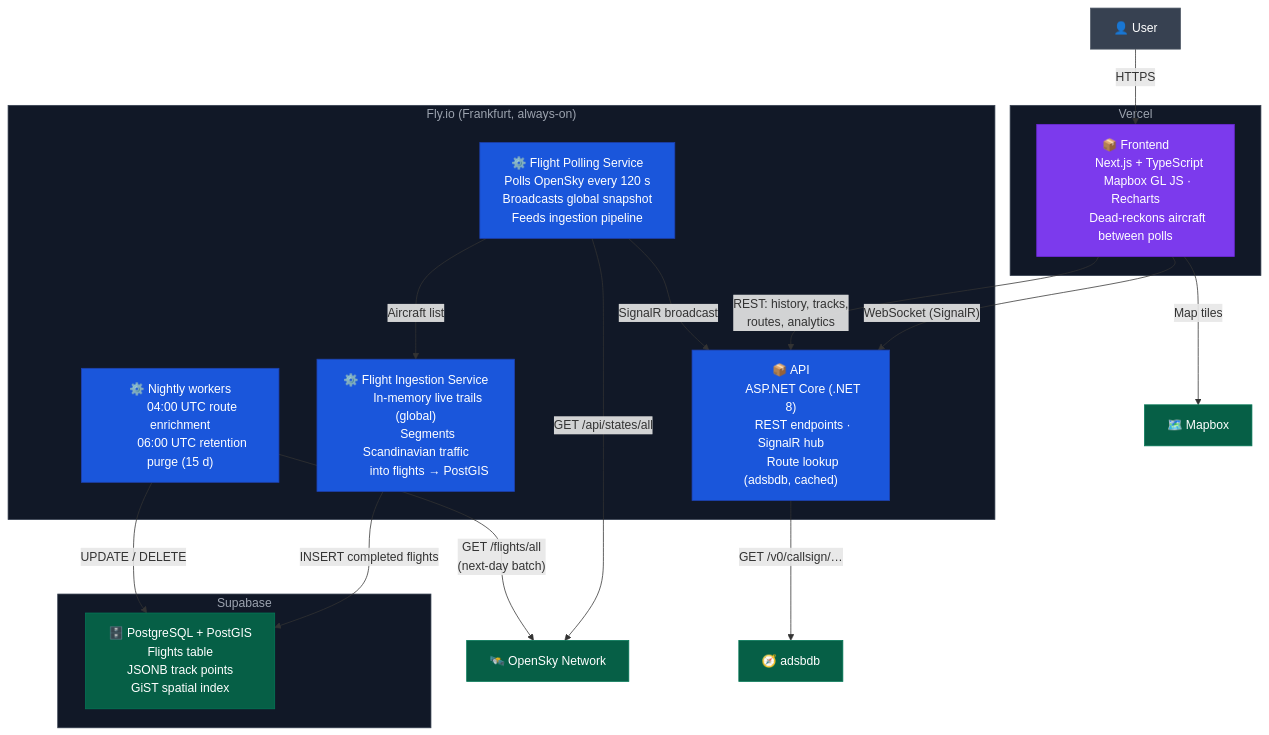
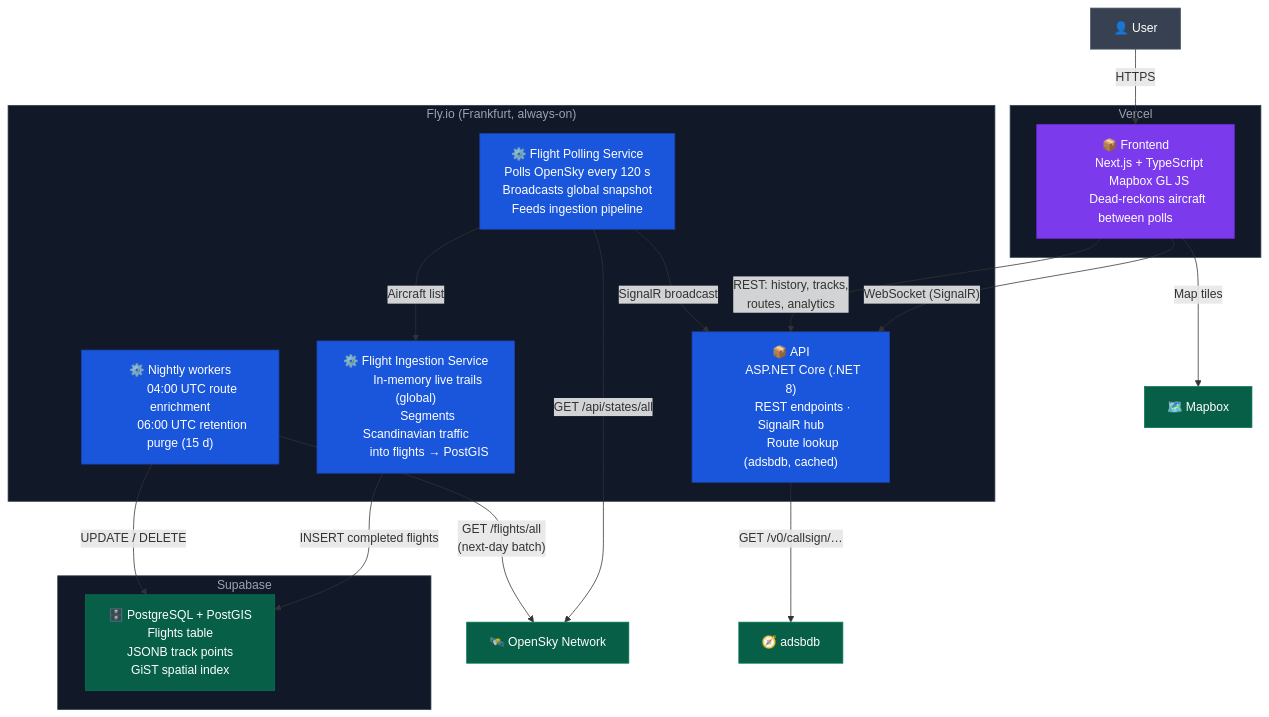
The second of 2 diagrams in README.md (Anesiadis-Th/altusiq), drawn with Mermaid before and after one commit. The commit also changed other lines of this file and 2 other files, not shown here.

````diff
--- a/README.md
+++ b/README.md
@@ -85,71 +85,71 @@
 ```mermaid
 graph TB
     User["👤 User"]
 
     subgraph Vercel["Vercel"]
         Frontend["📦 Frontend
         Next.js + TypeScript
-        Mapbox GL JS · Recharts
+        Mapbox GL JS
         Dead-reckons aircraft between polls"]
     end
 
     subgraph FlyIo["Fly.io (Frankfurt, always-on)"]
         API["📦 API
         ASP.NET Core (.NET 8)
         REST endpoints · SignalR hub
         Route lookup (adsbdb, cached)"]
 
         Poller["⚙️ Flight Polling Service
         Polls OpenSky every 120 s
         Broadcasts global snapshot
         Feeds ingestion pipeline"]
 
         Ingestion["⚙️ Flight Ingestion Service
         In-memory live trails (global)
         Segments Scandinavian traffic
         into flights → PostGIS"]
 
         Workers["⚙️ Nightly workers
         04:00 UTC route enrichment
         06:00 UTC retention purge (15 d)"]
     end
 
     subgraph Supabase["Supabase"]
         Postgres["🗄️ PostgreSQL + PostGIS
         Flights table
         JSONB track points
         GiST spatial index"]
     end
 
     OpenSky["🛰️ OpenSky Network"]
     Adsbdb["🧭 adsbdb"]
     Mapbox["🗺️ Mapbox"]
 
     User -->|"HTTPS"| Frontend
     Frontend -->|"WebSocket (SignalR)"| API
     Frontend -->|"REST: history, tracks,
     routes, analytics"| API
     Frontend -->|"Map tiles"| Mapbox
     Poller -->|"GET /api/states/all"| OpenSky
     Poller -->|"SignalR broadcast"| API
     Poller -->|"Aircraft list"| Ingestion
     Ingestion -->|"INSERT completed flights"| Postgres
     Workers -->|"GET /flights/all
     (next-day batch)"| OpenSky
     Workers -->|"UPDATE / DELETE"| Postgres
     API -->|"GET /v0/callsign/…"| Adsbdb
 
     style Frontend fill:#7c3aed,stroke:#6d28d9,color:#fff
     style API fill:#1a56db,stroke:#1e40af,color:#fff
     style Poller fill:#1a56db,stroke:#1e40af,color:#fff
     style Ingestion fill:#1a56db,stroke:#1e40af,color:#fff
     style Workers fill:#1a56db,stroke:#1e40af,color:#fff
     style Postgres fill:#065f46,stroke:#047857,color:#fff
     style User fill:#374151,stroke:#4b5563,color:#fff
     style OpenSky fill:#065f46,stroke:#047857,color:#fff
     style Adsbdb fill:#065f46,stroke:#047857,color:#fff
     style Mapbox fill:#065f46,stroke:#047857,color:#fff
     style Vercel fill:#111827,stroke:#374151,color:#9ca3af
     style FlyIo fill:#111827,stroke:#374151,color:#9ca3af
     style Supabase fill:#111827,stroke:#374151,color:#9ca3af
 ```
````
